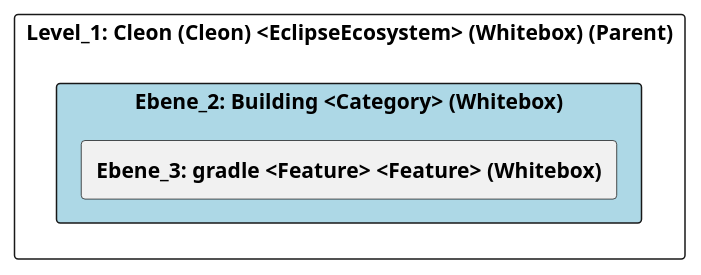
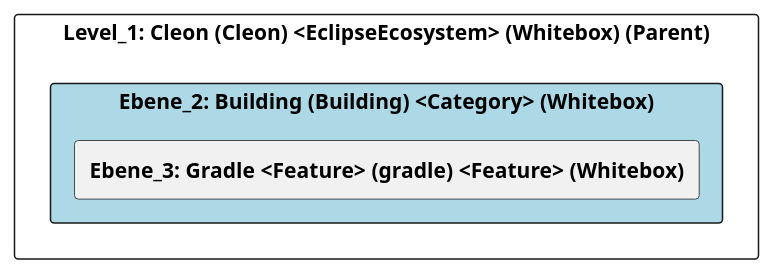
The diagram in doc/cleonproject_deliverables_architecture_model_architecture/adoc/de/05_bausteinsicht/cleon/building/ebene_2_building.adoc (marcozwyssig/cleon), drawn with PlantUML before and after one commit. The commit also changed other lines of this file and 166 other files, not shown here.

```diff
--- a/doc/cleonproject_deliverables_architecture_model_architecture/adoc/de/05_bausteinsicht/cleon/building/ebene_2_building.adoc
+++ b/doc/cleonproject_deliverables_architecture_model_architecture/adoc/de/05_bausteinsicht/cleon/building/ebene_2_building.adoc
@@ -21,26 +21,26 @@
-[plantuml, Ebene_2: Building <Category> (Whitebox)BlockOverview, format="svg"]
+[plantuml, Ebene_2: Building (Building) <Category> (Whitebox)BlockOverview, format="svg"]
 ----
-@startuml Ebene_2: Building <Category> (Whitebox)BuildingBlockOverview
+@startuml Ebene_2: Building (Building) <Category> (Whitebox)BuildingBlockOverview
 
 skinparam ranksep 10
 skinparam componentStyle rectangle
 skinparam shadowing false
 skinparam arrowColor lightblue
 skinparam arrowThickness 1.2
 skinparam rectangle {
   BackgroundColor White
   BorderColor #333
   RoundCorner 10
 }
 top to bottom direction
 
 component "Level_1: Cleon (Cleon) <EclipseEcosystem> (Whitebox) (Parent)" {
-    component "Ebene_2: Building <Category> (Whitebox)" #lightblue {
-        [**Ebene_3: gradle <Feature> <Feature> (Whitebox)**] as 4905A64E_D579_11EE_903E_9F564E4DE07E
+    component "Ebene_2: Building (Building) <Category> (Whitebox)" #lightblue {
+        [**Ebene_3: Gradle <Feature> (gradle) <Feature> (Whitebox)**] as 4905A64E_D579_11EE_903E_9F564E4DE07E
     }
 
     
 }
 
 @enduml
 ----
```
